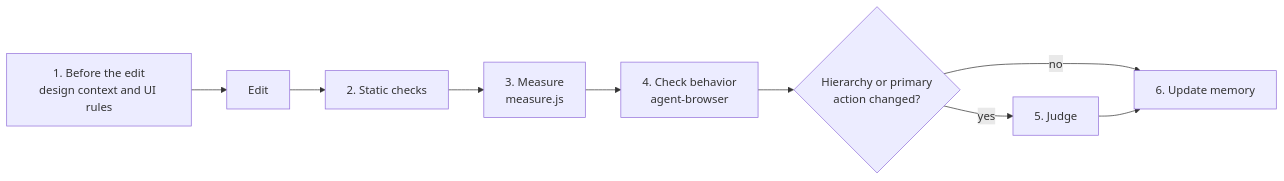
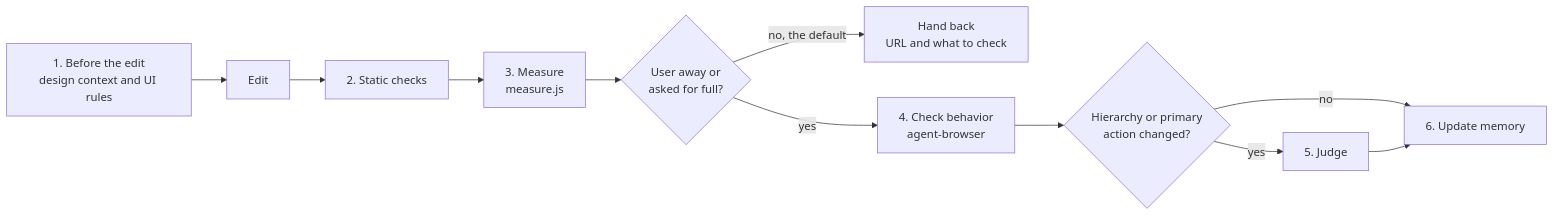
One commit to ac8318740/acstack changed the diagram in skills/browser-verify/SKILL.md. Above: the diagram before and after it, drawn with Mermaid. The commit also changed other lines of this file and 12 other files, not shown here.

First line of the commit message:
feat: hand frontend checks back to the user by default

````diff
--- a/skills/browser-verify/SKILL.md
+++ b/skills/browser-verify/SKILL.md
@@ -10,11 +10,13 @@
 ```mermaid
 flowchart LR
     R["1. Before the edit<br/>design context and UI rules"] --> E["Edit"]
     E --> S["2. Static checks"]
     S --> M["3. Measure<br/>measure.js"]
-    M --> B["4. Check behavior<br/>agent-browser"]
+    M --> MO{"User away or<br/>asked for full?"}
+    MO -->|no, the default| H["Hand back<br/>URL and what to check"]
+    MO -->|yes| B["4. Check behavior<br/>agent-browser"]
     B --> J{"Hierarchy or primary<br/>action changed?"}
     J -->|yes| JU["5. Judge"]
     J -->|no| W["6. Update memory"]
     JU --> W
 ```
````
